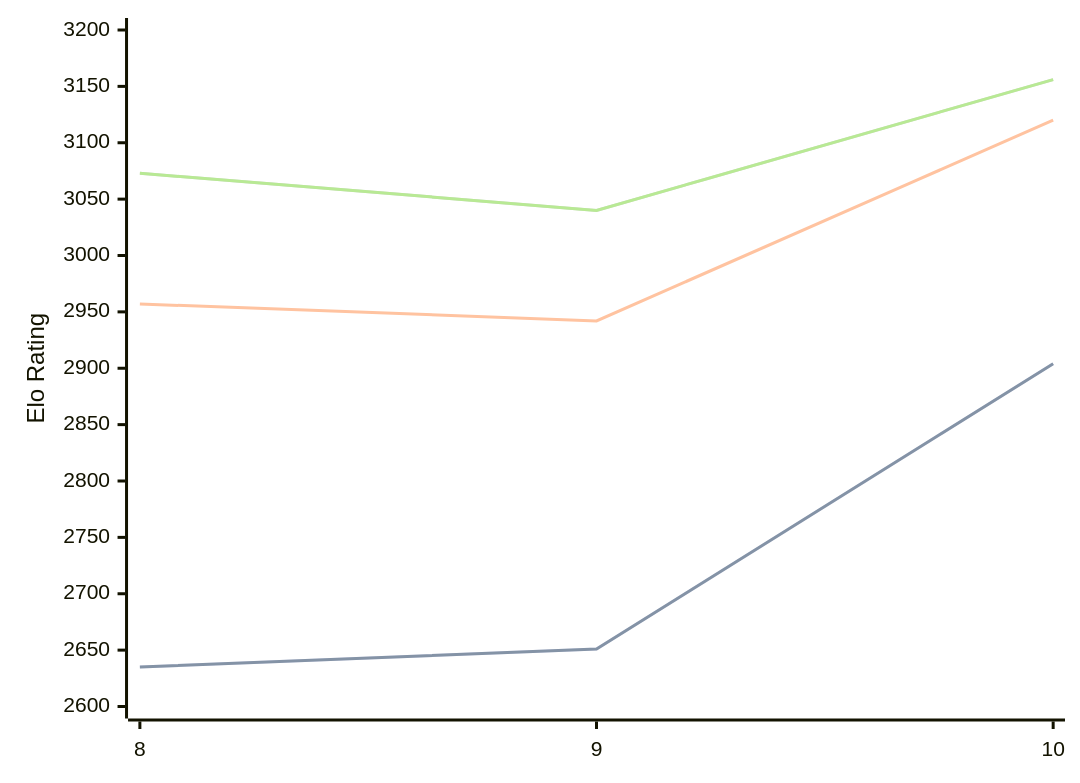
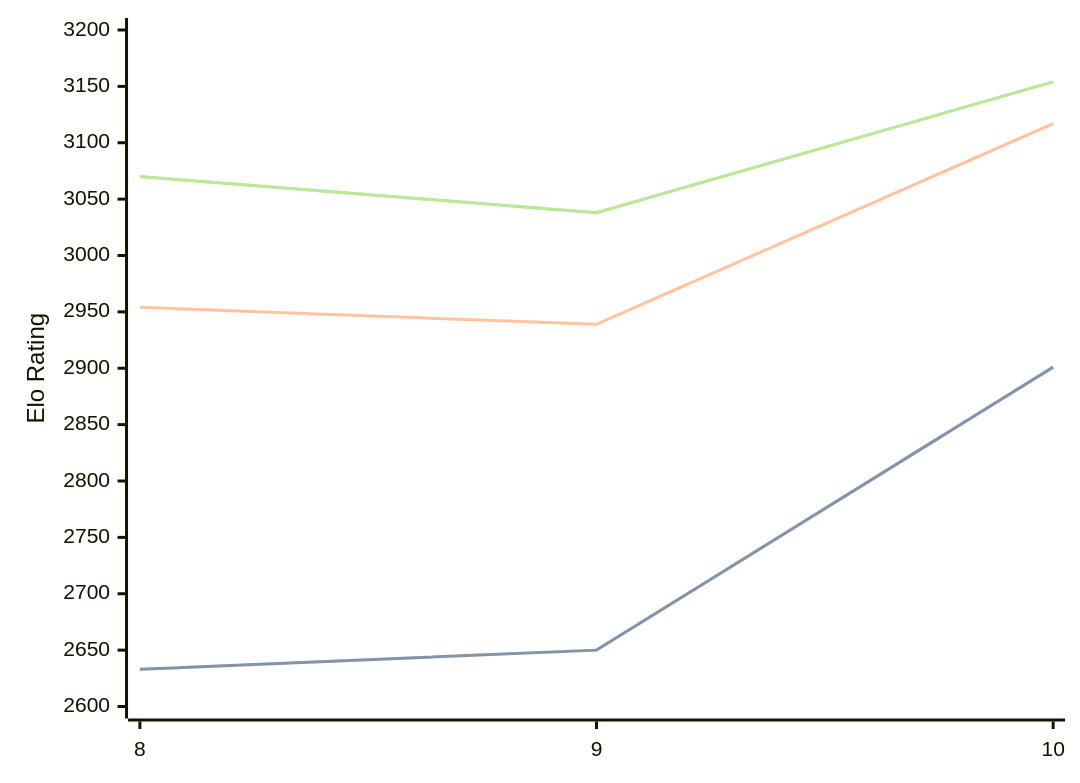
Before and after one commit to computer-chess-index/cci: the diagram in engines/Lozza.md, drawn with Mermaid. The commit also changed other lines of this file, not shown here.

Commit message:
Update CCI Ratings (ELO VLTC) - 2026-04-23

````diff
--- a/engines/Lozza.md
+++ b/engines/Lozza.md
@@ -41,11 +41,11 @@
 ```mermaid
 %%{init: {"theme":"base","themeVariables":{"seriesColors:['#a3a3a3','#222221','#faa371']}}}%%
 xychart-beta
   x-axis ["8", "9", "10"]
   y-axis "Elo Rating" 2600 --> 3200
-  line "STC (8.0+0.08s)" [2635, 2651, 2904]
-  line "STC (8.0+0.08s)" [2635, 2651, 2904]
-  line "LTC (60.0+0.60s)" [2957, 2942, 3120]
-  line "VLTC (2m24s+1.12s)" [3073, 3040, 3156]
-  line "VLTC (2m24s+1.12s)" [3073, 3040, 3156]
+  line "STC (8.0+0.08s)" [2633, 2650, 2901]
+  line "STC (8.0+0.08s)" [2633, 2650, 2901]
+  line "LTC (60.0+0.60s)" [2954, 2939, 3117]
+  line "VLTC (2m24s+1.12s)" [3070, 3038, 3154]
+  line "VLTC (2m24s+1.12s)" [3070, 3038, 3154]
 ```
````
